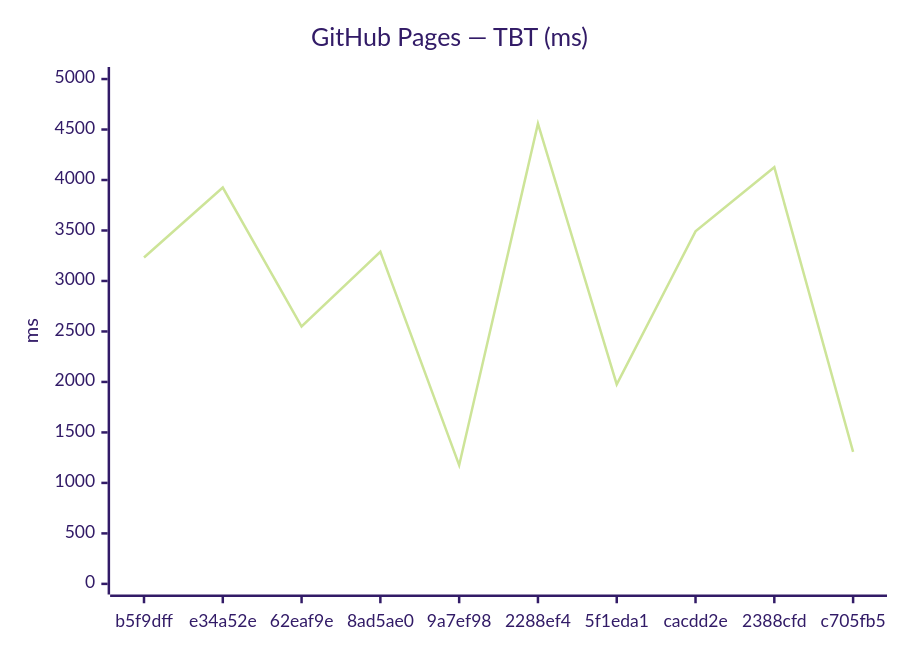
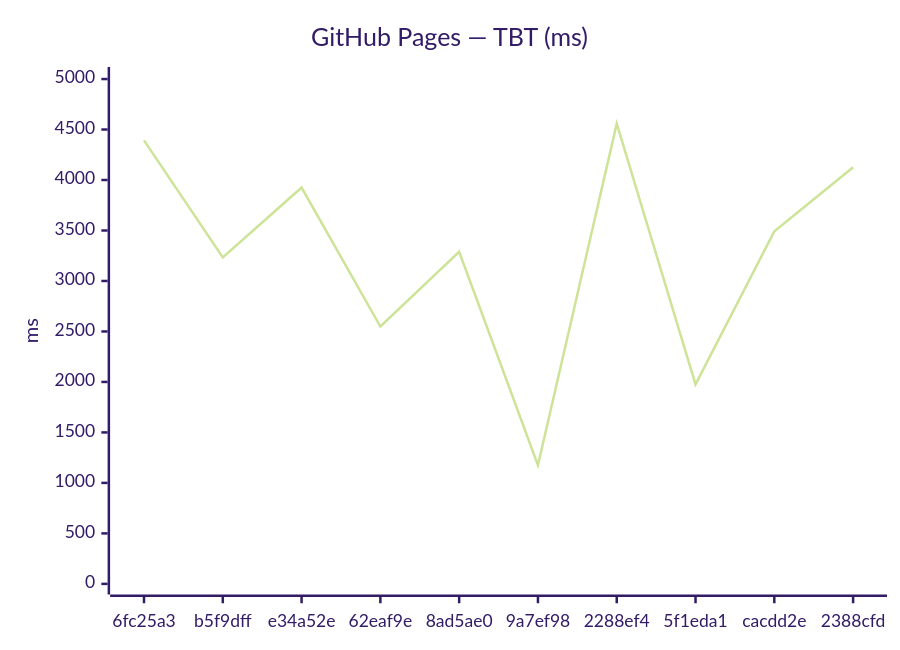
Before and after one commit to Metaheurist/Rianell: the fourth of 12 diagrams in benchmarks/compare.md, drawn with Mermaid (forest theme). The commit also changed other lines of this file and 8 other files, not shown here.

````diff
--- a/benchmarks/compare.md
+++ b/benchmarks/compare.md
@@ -61,7 +61,7 @@
 ```mermaid
 xychart-beta
     title "GitHub Pages — TBT (ms)"
-    x-axis ["b5f9dff", "e34a52e", "62eaf9e", "8ad5ae0", "9a7ef98", "2288ef4", "5f1eda1", "cacdd2e", "2388cfd", "c705fb5"]
+    x-axis ["6fc25a3", "b5f9dff", "e34a52e", "62eaf9e", "8ad5ae0", "9a7ef98", "2288ef4", "5f1eda1", "cacdd2e", "2388cfd"]
     y-axis "ms" 0 --> 5014
-    line [3233, 3925, 2549, 3289, 1175, 4558, 1976, 3491, 4127, 1307]
+    line [4393, 3233, 3925, 2549, 3289, 1175, 4558, 1976, 3491, 4127]
 ```
````
